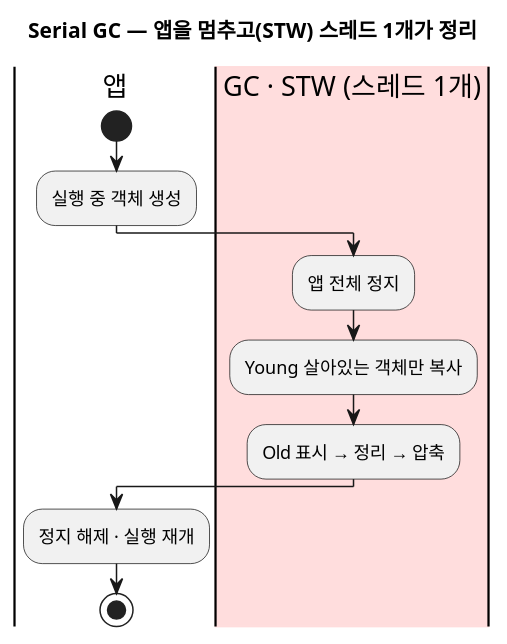
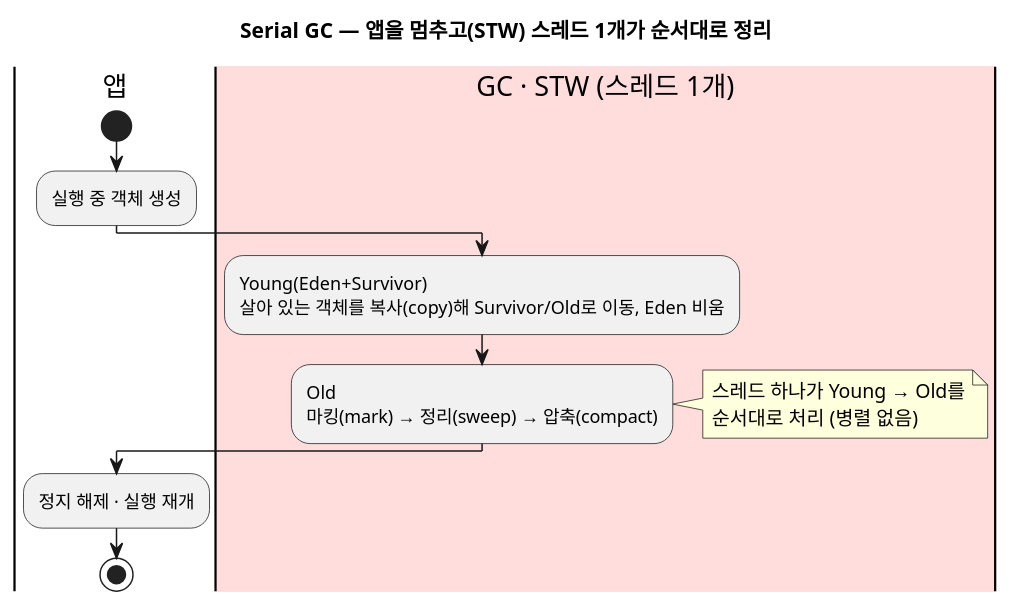
Before and after one commit to johnycho/johny-dev: the third of 10 diagrams in blog/2026-08-18-java-gc-types.mdx, drawn with PlantUML. The commit also changed other lines of this file and 7 other files, not shown here.

First line of the commit message:
GC·Redis 다이어그램 보강 및 지양어 정리(끼다·통째로 비우다·국면 등)

````diff
--- a/blog/2026-08-18-java-gc-types.mdx
+++ b/blog/2026-08-18-java-gc-types.mdx
@@ -129,15 +129,18 @@
 ```plantuml
 @startuml
-title Serial GC — 앱을 멈추고(STW) 스레드 1개가 정리
+title Serial GC — 앱을 멈추고(STW) 스레드 1개가 순서대로 정리
 |앱|
 start
 :실행 중 객체 생성;
 |#FFDDDD|GC · STW (스레드 1개)|
-:앱 전체 정지;
-:Young 살아있는 객체만 복사;
-:Old 표시 → 정리 → 압축;
+:Young(Eden+Survivor)\n살아 있는 객체를 복사(copy)해 Survivor/Old로 이동, Eden 비움;
+:Old\n마킹(mark) → 정리(sweep) → 압축(compact);
+note right
+  스레드 하나가 Young → Old를
+  순서대로 처리 (병렬 없음)
+end note
 |앱|
 :정지 해제 · 실행 재개;
 stop
 @enduml
 ```
````
